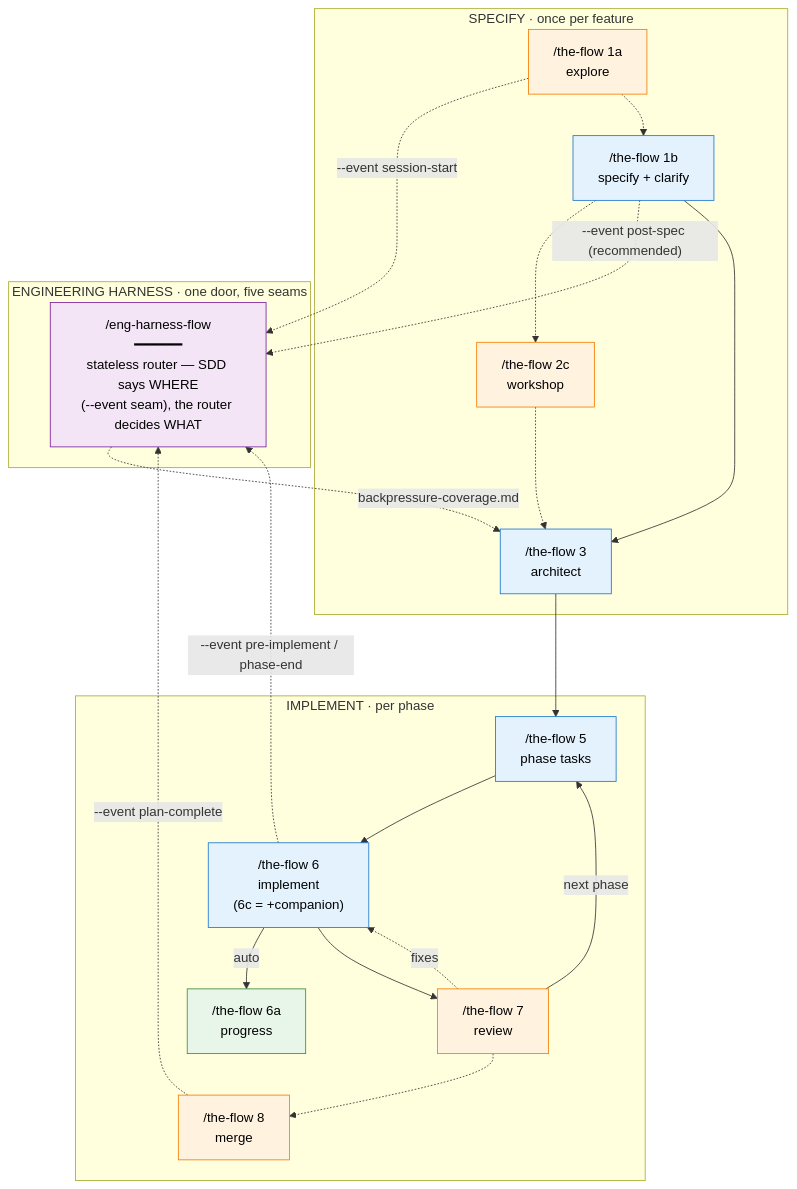
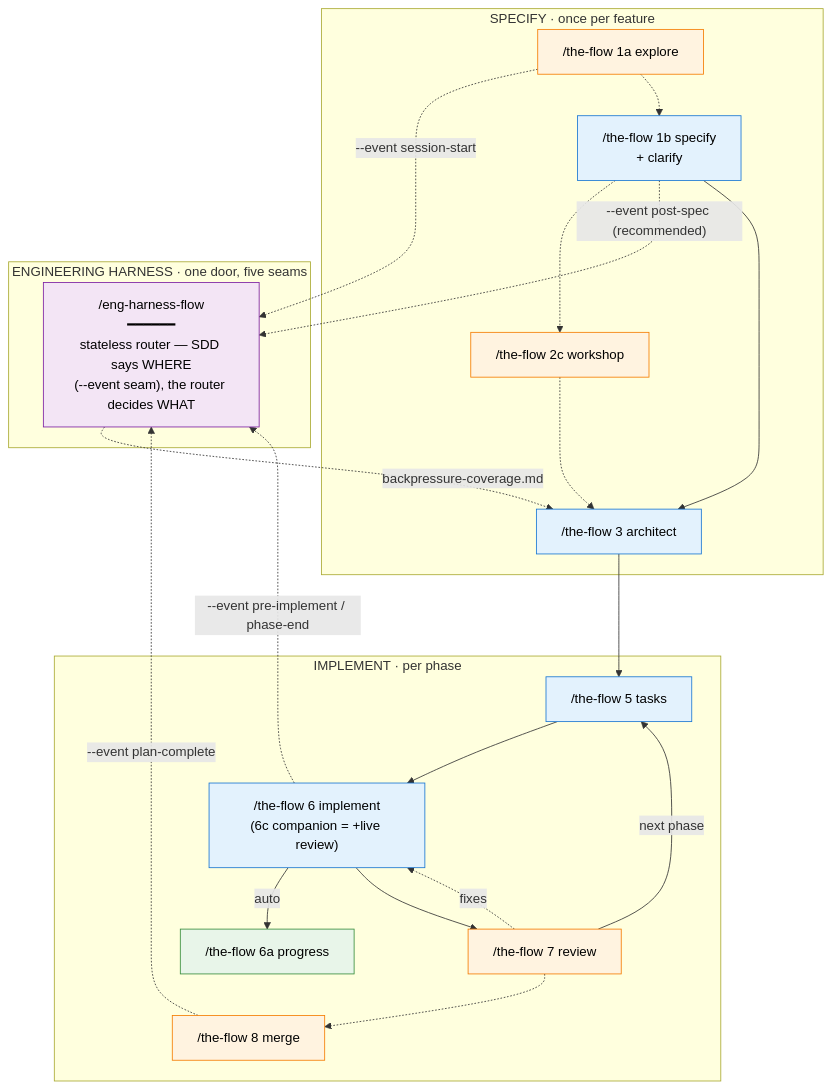
The first of 2 diagrams in skills/SDD/the-flow/references/getting-started.md (jakkaj/tools), drawn with Mermaid before and after one commit. The commit also changed other lines of this file and 19 other files, not shown here.

First line of the commit message:
feat(the-flow): print commands as '/the-flow <id> <name>' everywhere; demote companion from recommended to optional

````diff
--- a/skills/SDD/the-flow/references/getting-started.md
+++ b/skills/SDD/the-flow/references/getting-started.md
@@ -59,43 +59,43 @@
 ```mermaid
 flowchart TB
     classDef manual fill:#e3f2fd,stroke:#1976d2,color:#000
     classDef auto fill:#e8f5e9,stroke:#388e3c,color:#000
     classDef optional fill:#fff3e0,stroke:#f57c00,color:#000
     classDef harness fill:#f3e5f5,stroke:#7b1fa2,color:#000
 
     subgraph specify["SPECIFY · once per feature"]
-        P1A["/the-flow 1a<br/>explore"]:::optional
-        P1B["/the-flow 1b<br/>specify + clarify"]:::manual
-        P2C["/the-flow 2c<br/>workshop"]:::optional
-        P3["/the-flow 3<br/>architect"]:::manual
+        P1A["/the-flow 1a explore"]:::optional
+        P1B["/the-flow 1b specify<br/>+ clarify"]:::manual
+        P2C["/the-flow 2c workshop"]:::optional
+        P3["/the-flow 3 architect"]:::manual
     end
 
     subgraph implement["IMPLEMENT · per phase"]
-        P5["/the-flow 5<br/>phase tasks"]:::manual
-        P6["/the-flow 6<br/>implement<br/>(6c = +companion)"]:::manual
-        P6A["/the-flow 6a<br/>progress"]:::auto
-        P7["/the-flow 7<br/>review"]:::optional
-        P8["/the-flow 8<br/>merge"]:::optional
+        P5["/the-flow 5 tasks"]:::manual
+        P6["/the-flow 6 implement<br/>(6c companion = +live review)"]:::manual
+        P6A["/the-flow 6a progress"]:::auto
+        P7["/the-flow 7 review"]:::optional
+        P8["/the-flow 8 merge"]:::optional
     end
 
     subgraph harness["ENGINEERING HARNESS · one door, five seams"]
         R["/eng-harness-flow<br/>━━━━━━<br/>stateless router — SDD says WHERE<br/>(--event seam), the router decides WHAT"]:::harness
     end
 
     P1A -.->|"--event session-start"| R
     P1A -.-> P1B
     P1B -.-> P2C
     P2C -.-> P3
     P1B -.->|"--event post-spec (recommended)"| R
     R -.->|backpressure-coverage.md| P3
     P1B --> P3
     P3 --> P5
     P5 --> P6
     P6 -->|auto| P6A
     P6 --> P7
     P7 -->|next phase| P5
     P7 -.->|fixes| P6
     P7 -.-> P8
     P6 -.->|"--event pre-implement / phase-end"| R
     P8 -.->|"--event plan-complete"| R
 ```
````
